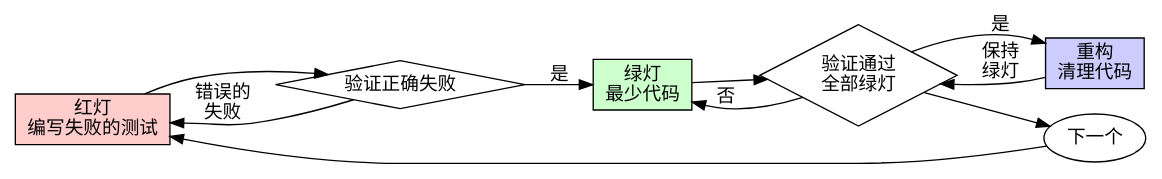
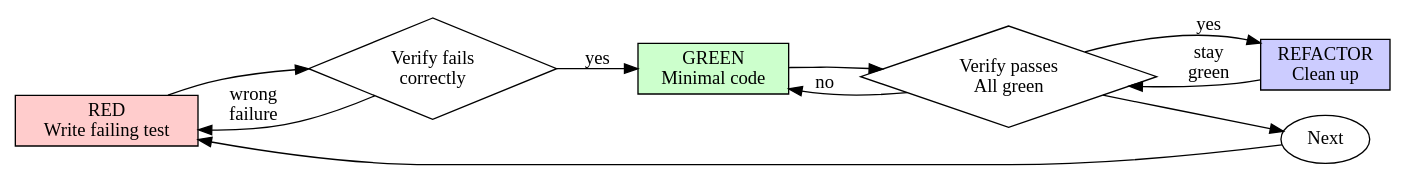
Before and after one commit to seetheworldwithme/yakit: the diagram in .agents/skills/test-driven-development/SKILL.md, drawn with Graphviz. The commit also changed other lines of this file and 82 other files, not shown here.

````diff
--- a/.agents/skills/test-driven-development/SKILL.md
+++ b/.agents/skills/test-driven-development/SKILL.md
@@ -54,21 +49,21 @@
 ```dot
 digraph tdd_cycle {
     rankdir=LR;
-    red [label="红灯\n编写失败的测试", shape=box, style=filled, fillcolor="#ffcccc"];
-    verify_red [label="验证正确失败", shape=diamond];
-    green [label="绿灯\n最少代码", shape=box, style=filled, fillcolor="#ccffcc"];
-    verify_green [label="验证通过\n全部绿灯", shape=diamond];
-    refactor [label="重构\n清理代码", shape=box, style=filled, fillcolor="#ccccff"];
-    next [label="下一个", shape=ellipse];
+    red [label="RED\nWrite failing test", shape=box, style=filled, fillcolor="#ffcccc"];
+    verify_red [label="Verify fails\ncorrectly", shape=diamond];
+    green [label="GREEN\nMinimal code", shape=box, style=filled, fillcolor="#ccffcc"];
+    verify_green [label="Verify passes\nAll green", shape=diamond];
+    refactor [label="REFACTOR\nClean up", shape=box, style=filled, fillcolor="#ccccff"];
+    next [label="Next", shape=ellipse];
 
     red -> verify_red;
-    verify_red -> green [label="是"];
-    verify_red -> red [label="错误的\n失败"];
+    verify_red -> green [label="yes"];
+    verify_red -> red [label="wrong\nfailure"];
     green -> verify_green;
-    verify_green -> refactor [label="是"];
-    verify_green -> green [label="否"];
-    refactor -> verify_green [label="保持\n绿灯"];
+    verify_green -> refactor [label="yes"];
+    verify_green -> green [label="no"];
+    refactor -> verify_green [label="stay\ngreen"];
     verify_green -> next;
     next -> red;
 }
 ```
````
